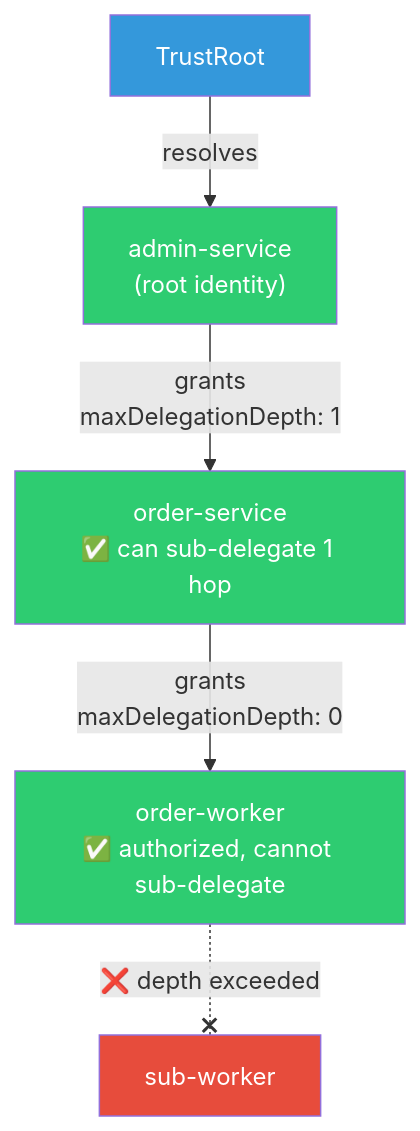
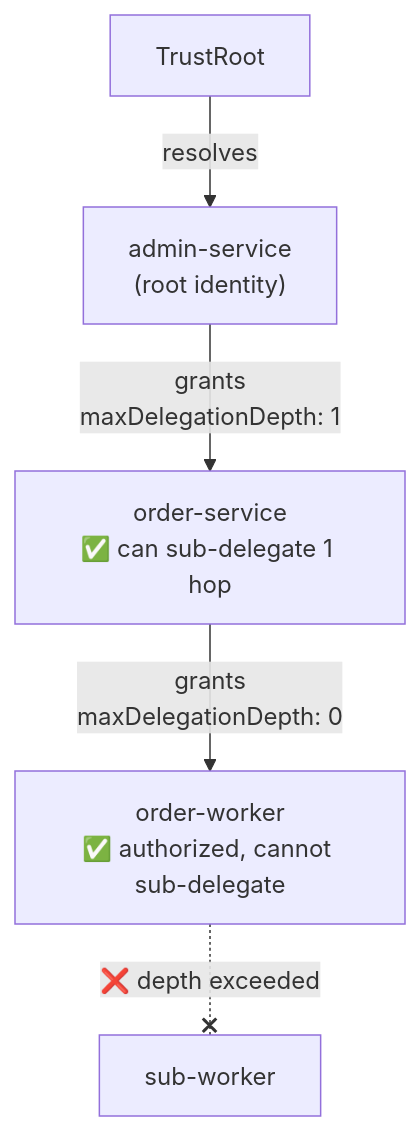
Before and after one commit to cyfko/veridot: the third of 5 diagrams in docs/docs/learn/capabilities.md, drawn with Mermaid. The commit also changed other lines of this file and 25 other files, not shown here.

First line of the commit message:
style: remove colorful fill styles from Mermaid diagrams

````diff
--- a/docs/docs/learn/capabilities.md
+++ b/docs/docs/learn/capabilities.md
@@ -111,13 +105,8 @@
 ```mermaid
 graph TD
     TR["TrustRoot"] -->|"resolves"| ADMIN["admin-service<br/>(root identity)"]
     ADMIN -->|"grants<br/>maxDelegationDepth: 1"| ORDER["order-service<br/>✅ can sub-delegate 1 hop"]
     ORDER -->|"grants<br/>maxDelegationDepth: 0"| WORKER["order-worker<br/>✅ authorized, cannot sub-delegate"]
     WORKER -.-x|"❌ depth exceeded"| SUB["sub-worker"]
 
-    style TR fill:#3498db,color:#fff
-    style ADMIN fill:#2ecc71,color:#fff
-    style ORDER fill:#2ecc71,color:#fff
-    style WORKER fill:#2ecc71,color:#fff
-    style SUB fill:#e74c3c,color:#fff
 ```
````
